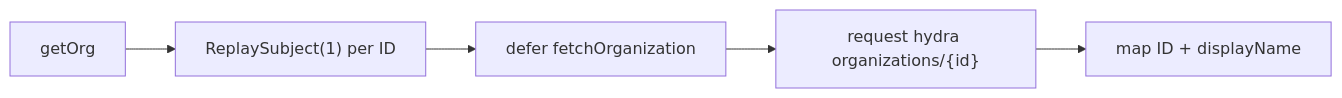
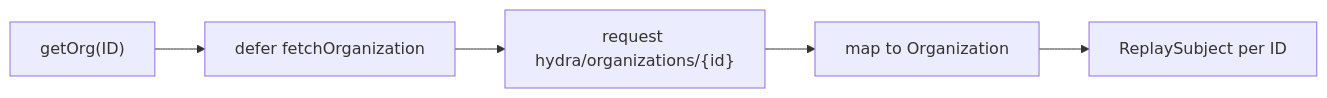
The first of 3 diagrams in src/ai-docs/organizations-sdk-adapter-spec.md (webex/sdk-component-adapter), drawn with Mermaid before and after one commit. The commit also changed other lines of this file and 13 other files, not shown here.

````diff
--- a/src/ai-docs/organizations-sdk-adapter-spec.md
+++ b/src/ai-docs/organizations-sdk-adapter-spec.md
@@ -94,7 +93,7 @@
 ```mermaid
 flowchart LR
-  getOrg --> RS["ReplaySubject(1) per ID"]
-  RS --> defer["defer fetchOrganization"]
-  defer --> hydra["request hydra organizations/{id}"]
-  hydra --> map["map ID + displayName"]
+  getOrg["getOrg(ID)"] --> defer["defer fetchOrganization"]
+  defer --> hydra["request hydra/organizations/{id}"]
+  hydra --> map["map to Organization"]
+  map --> subject["ReplaySubject per ID"]
 ```
````
